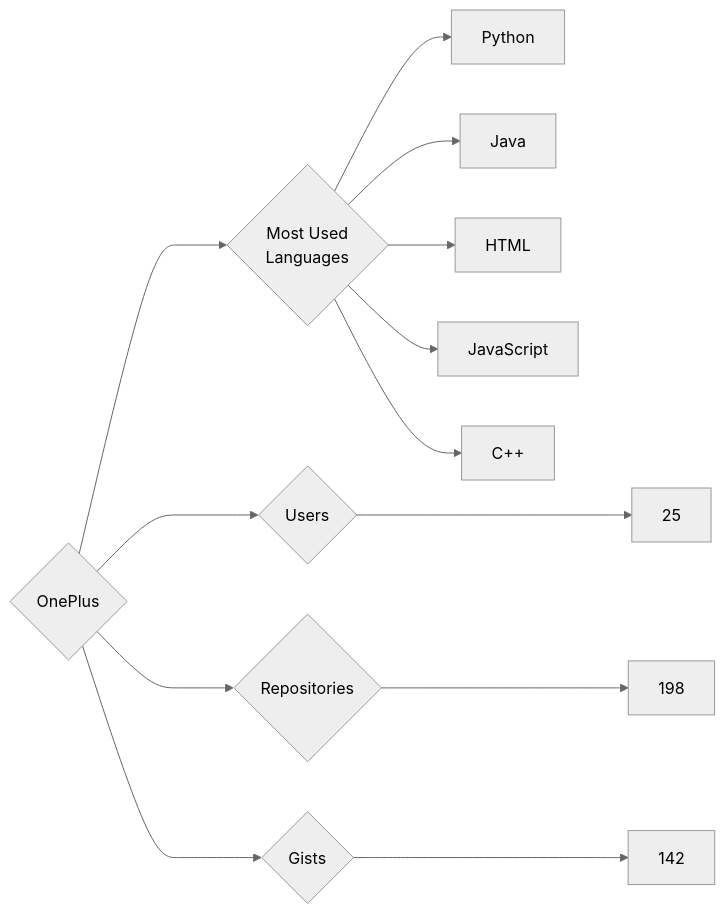
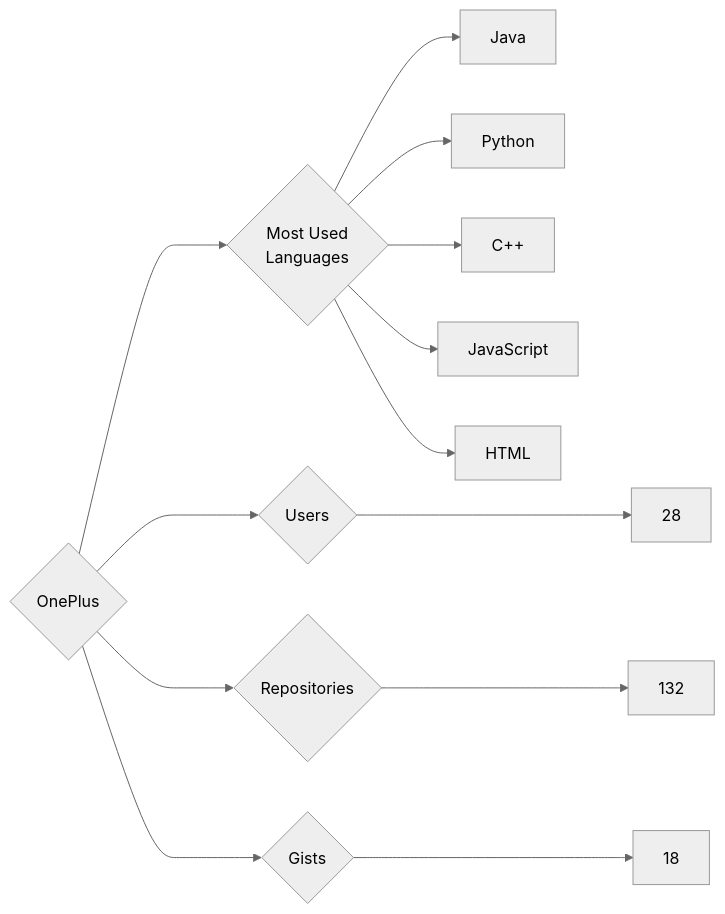
The diagram in targets/OnePlus/README.md (trickest/insiders), drawn with Mermaid (neutral theme) before and after one commit. The commit also changed 912 other files, not shown here.

````diff
--- a/targets/OnePlus/README.md
+++ b/targets/OnePlus/README.md
@@ -3,13 +3,13 @@
 ```mermaid
 graph LR
 COMPANY_NAME{OnePlus}
-COMPANY_NAME ---> U{Users} ---> UN[25]
-COMPANY_NAME ---> R{Repositories} ---> RN[198]
-COMPANY_NAME ---> G{Gists} ---> GN[142]
+COMPANY_NAME ---> U{Users} ---> UN[28]
+COMPANY_NAME ---> R{Repositories} ---> RN[132]
+COMPANY_NAME ---> G{Gists} ---> GN[18]
 COMPANY_NAME ---> ML{Most Used<br>Languages}
+ML --> Java[Java]
 ML --> Python[Python]
-ML --> Java[Java]
+ML --> C++[C++]
+ML --> JavaScript[JavaScript]
 ML --> HTML[HTML]
-ML --> JavaScript[JavaScript]
-ML --> C++[C++]
 ```
````
